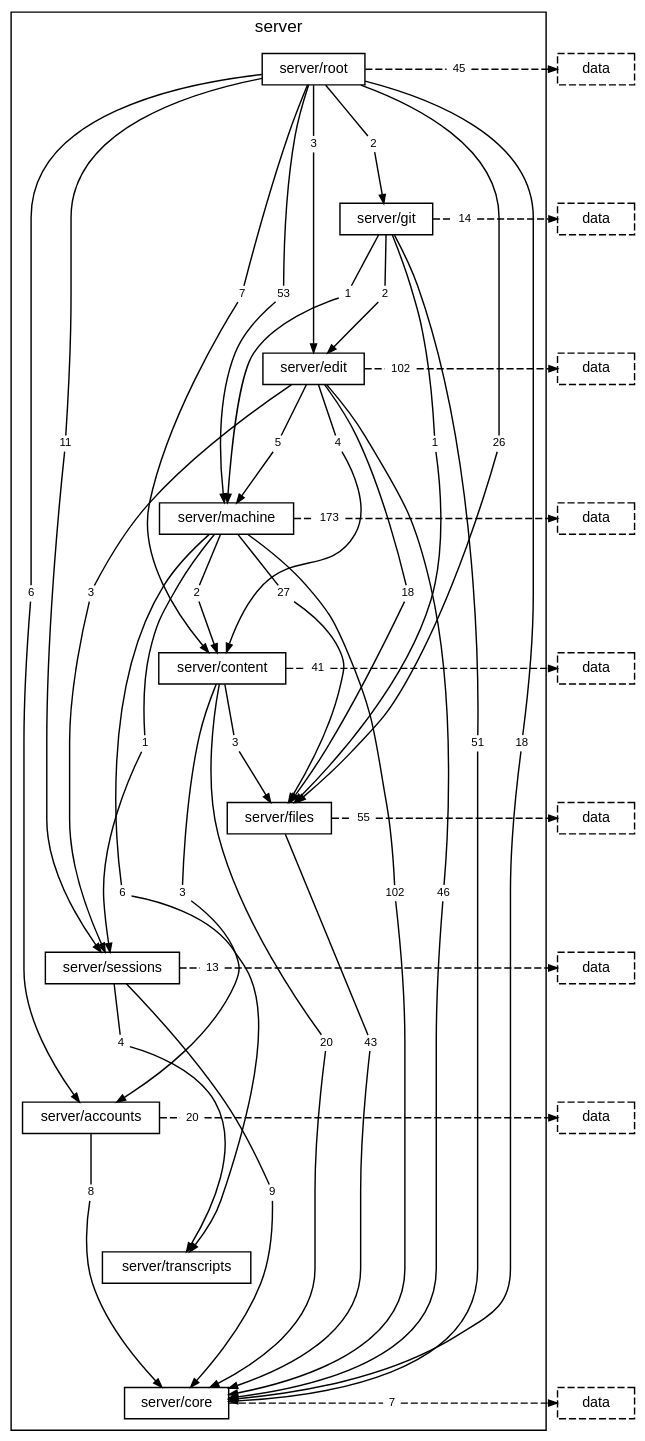
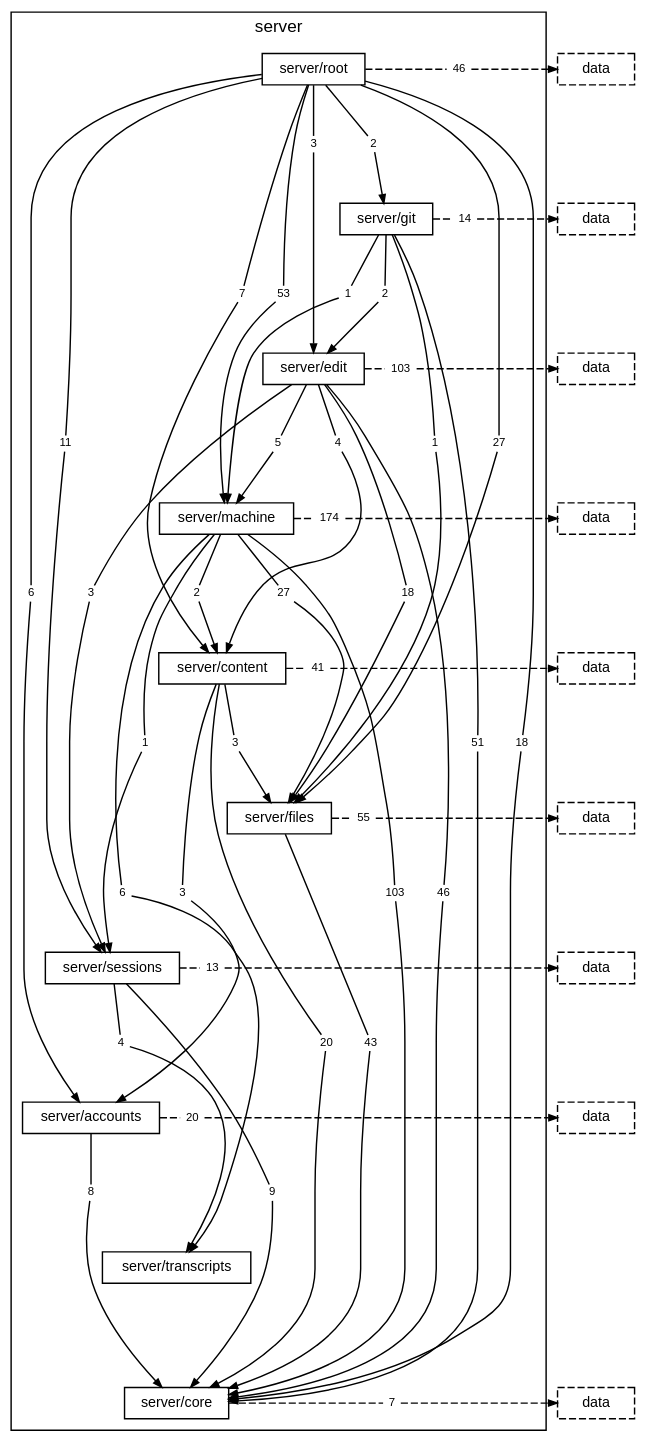
The diagram in docs/diagrams/layer-server.dot (TheAxeC/oculus), drawn with Graphviz before and after one commit. The commit also changed 166 other files, not shown here.

```diff
--- a/docs/diagrams/layer-server.dot
+++ b/docs/diagrams/layer-server.dot
@@ -18,11 +18,11 @@
         "folder server/root to folder server/content" [label="7", shape=box, color="transparent", fontsize=8, width=0, height=0, margin="0.04,0.02"];
         "folder server/root to folder server/core" [label="18", shape=box, color="transparent", fontsize=8, width=0, height=0, margin="0.04,0.02"];
         "folder server/root to folder server/edit" [label="3", shape=box, color="transparent", fontsize=8, width=0, height=0, margin="0.04,0.02"];
-        "folder server/root to folder server/files" [label="26", shape=box, color="transparent", fontsize=8, width=0, height=0, margin="0.04,0.02"];
+        "folder server/root to folder server/files" [label="27", shape=box, color="transparent", fontsize=8, width=0, height=0, margin="0.04,0.02"];
         "folder server/root to folder server/git" [label="2", shape=box, color="transparent", fontsize=8, width=0, height=0, margin="0.04,0.02"];
         "folder server/root to folder server/machine" [label="53", shape=box, color="transparent", fontsize=8, width=0, height=0, margin="0.04,0.02"];
         "folder server/root to folder server/sessions" [label="11", shape=box, color="transparent", fontsize=8, width=0, height=0, margin="0.04,0.02"];
-        "folder server/root to layer data" [label="45", shape=box, color="transparent", fontsize=8, width=0, height=0, margin="0.04,0.02"];
+        "folder server/root to layer data" [label="46", shape=box, color="transparent", fontsize=8, width=0, height=0, margin="0.04,0.02"];
         "folder server/git to folder server/core" [label="51", shape=box, color="transparent", fontsize=8, width=0, height=0, margin="0.04,0.02"];
         "folder server/git to folder server/edit" [label="2", shape=box, color="transparent", fontsize=8, width=0, height=0, margin="0.04,0.02"];
         "folder server/git to folder server/files" [label="1", shape=box, color="transparent", fontsize=8, width=0, height=0, margin="0.04,0.02"];
@@ -33,13 +33,13 @@
         "folder server/edit to folder server/files" [label="18", shape=box, color="transparent", fontsize=8, width=0, height=0, margin="0.04,0.02"];
         "folder server/edit to folder server/machine" [label="5", shape=box, color="transparent", fontsize=8, width=0, height=0, margin="0.04,0.02"];
         "folder server/edit to folder server/sessions" [label="3", shape=box, color="transparent", fontsize=8, width=0, height=0, margin="0.04,0.02"];
-        "folder server/edit to layer data" [label="102", shape=box, color="transparent", fontsize=8, width=0, height=0, margin="0.04,0.02"];
+        "folder server/edit to layer data" [label="103", shape=box, color="transparent", fontsize=8, width=0, height=0, margin="0.04,0.02"];
         "folder server/machine to folder server/content" [label="2", shape=box, color="transparent", fontsize=8, width=0, height=0, margin="0.04,0.02"];
-        "folder server/machine to folder server/core" [label="102", shape=box, color="transparent", fontsize=8, width=0, height=0, margin="0.04,0.02"];
+        "folder server/machine to folder server/core" [label="103", shape=box, color="transparent", fontsize=8, width=0, height=0, margin="0.04,0.02"];
         "folder server/machine to folder server/files" [label="27", shape=box, color="transparent", fontsize=8, width=0, height=0, margin="0.04,0.02"];
         "folder server/machine to folder server/sessions" [label="1", shape=box, color="transparent", fontsize=8, width=0, height=0, margin="0.04,0.02"];
         "folder server/machine to folder server/transcripts" [label="6", shape=box, color="transparent", fontsize=8, width=0, height=0, margin="0.04,0.02"];
-        "folder server/machine to layer data" [label="173", shape=box, color="transparent", fontsize=8, width=0, height=0, margin="0.04,0.02"];
+        "folder server/machine to layer data" [label="174", shape=box, color="transparent", fontsize=8, width=0, height=0, margin="0.04,0.02"];
         "folder server/content to folder server/accounts" [label="3", shape=box, color="transparent", fontsize=8, width=0, height=0, margin="0.04,0.02"];
         "folder server/content to folder server/core" [label="20", shape=box, color="transparent", fontsize=8, width=0, height=0, margin="0.04,0.02"];
         "folder server/content to folder server/files" [label="3", shape=box, color="transparent", fontsize=8, width=0, height=0, margin="0.04,0.02"];
```
